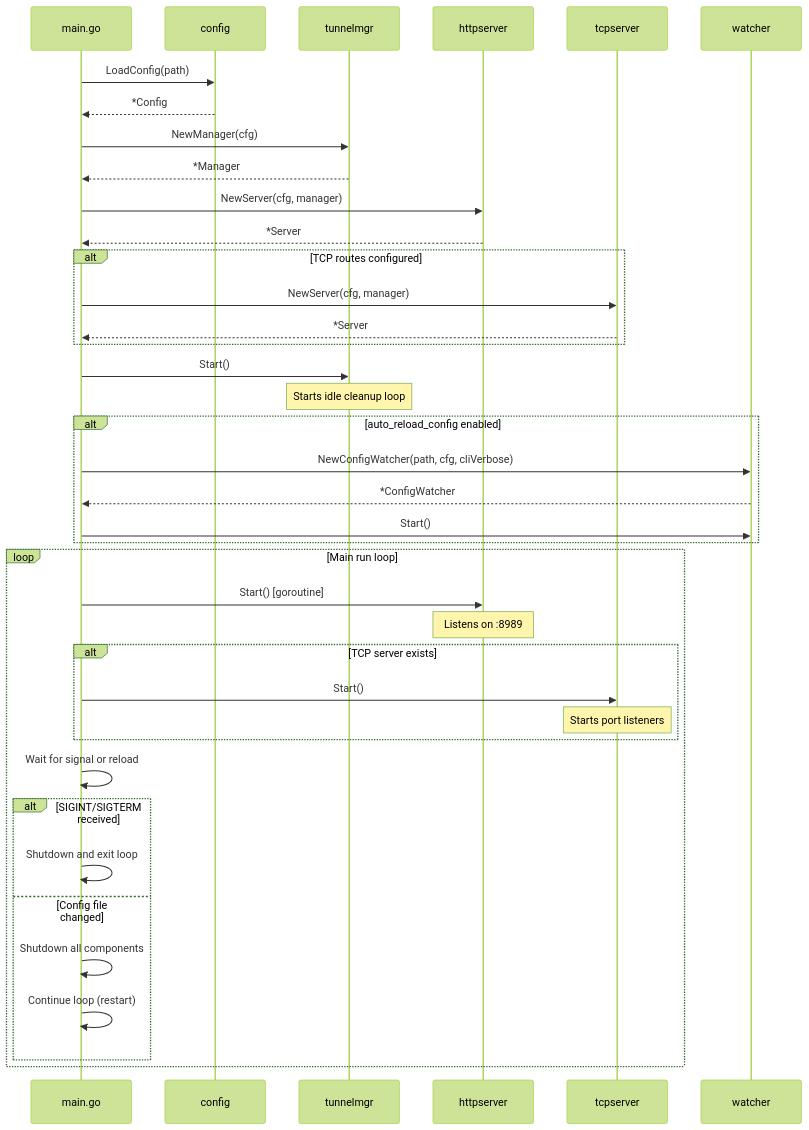
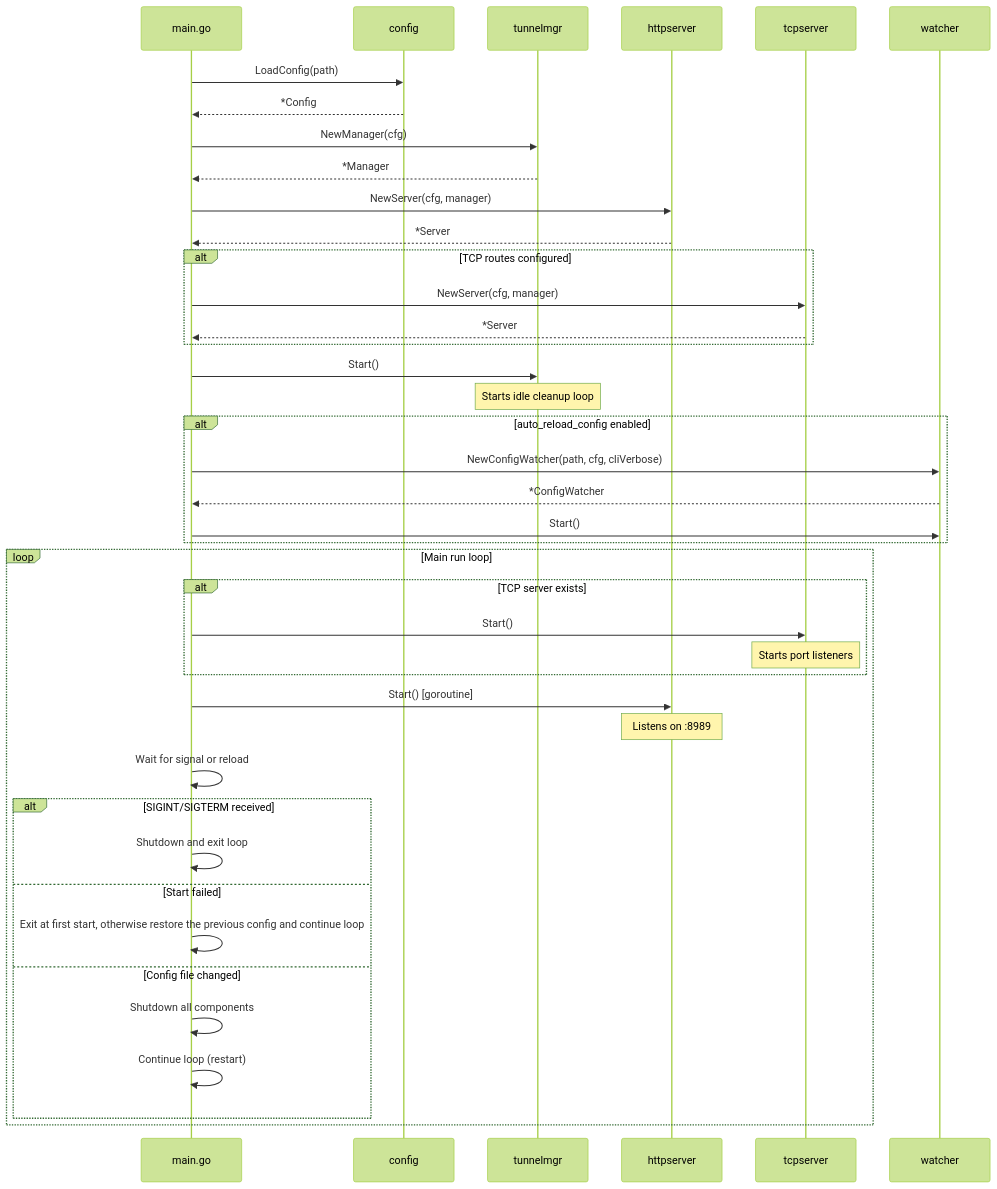
The first of 11 diagrams in internal/README.md (atas/autotunnel), drawn with Mermaid (forest theme) before and after one commit. The commit also changed other lines of this file and 11 other files, not shown here.

````diff
--- a/internal/README.md
+++ b/internal/README.md
@@ -9,50 +9,52 @@
 ```mermaid
 sequenceDiagram
     participant main as main.go
     participant cfg as config
     participant mgr as tunnelmgr
     participant http as httpserver
     participant tcp as tcpserver
     participant watch as watcher
 
     main->>cfg: LoadConfig(path)
     cfg-->>main: *Config
 
     main->>mgr: NewManager(cfg)
     mgr-->>main: *Manager
 
     main->>http: NewServer(cfg, manager)
     http-->>main: *Server
 
     alt TCP routes configured
         main->>tcp: NewServer(cfg, manager)
         tcp-->>main: *Server
     end
 
     main->>mgr: Start()
     Note over mgr: Starts idle cleanup loop
 
     alt auto_reload_config enabled
         main->>watch: NewConfigWatcher(path, cfg, cliVerbose)
         watch-->>main: *ConfigWatcher
         main->>watch: Start()
     end
 
     loop Main run loop
-        main->>http: Start() [goroutine]
-        Note over http: Listens on :8989
-
         alt TCP server exists
             main->>tcp: Start()
             Note over tcp: Starts port listeners
         end
 
+        main->>http: Start() [goroutine]
+        Note over http: Listens on :8989
+
         main->>main: Wait for signal or reload
         alt SIGINT/SIGTERM received
             main->>main: Shutdown and exit loop
+        else Start failed
+            main->>main: Exit at first start, otherwise restore the previous config and continue loop
         else Config file changed
             main->>main: Shutdown all components
             main->>main: Continue loop (restart)
         end
     end
 ```
````
